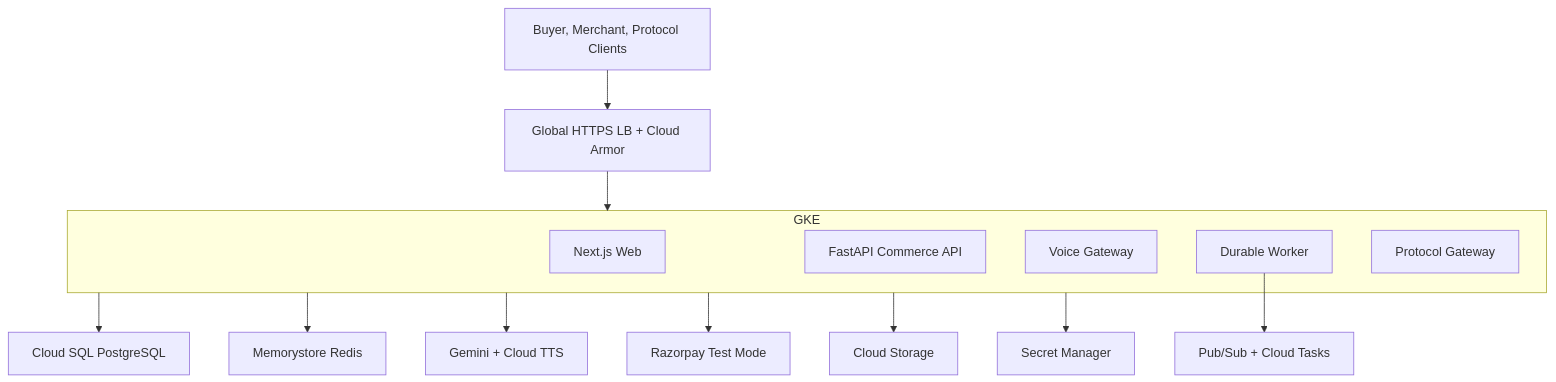
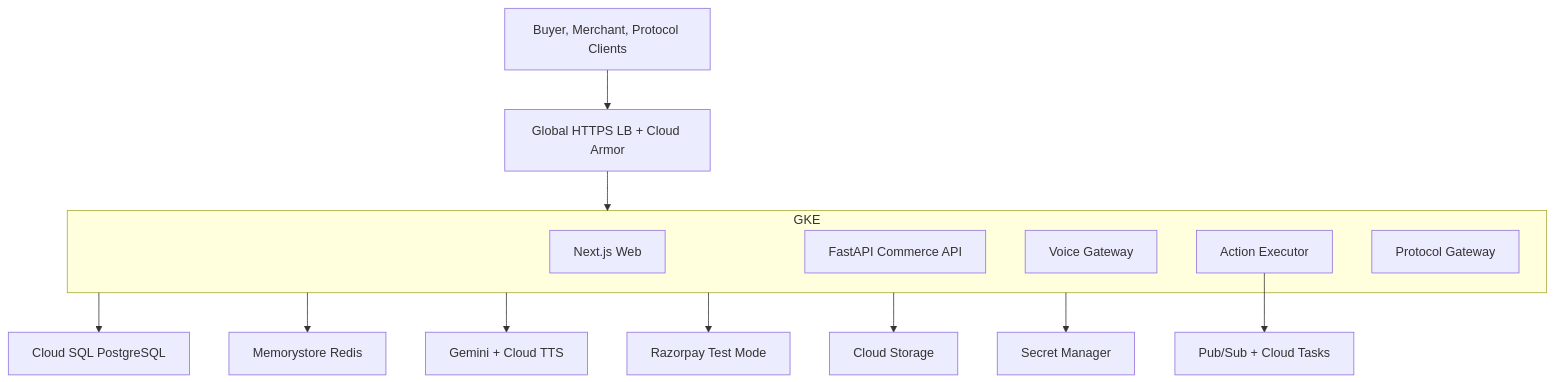
Before and after one commit to vedanttyagitech-developer/RazorSharp-Agentic-Commerce-and-AI-based-Business-Growth-Platform: the fifth of 5 diagrams in PROJECT_SPECIFICATION.md, drawn with Mermaid. The commit also changed other lines of this file and 224 other files, not shown here.

````diff
--- a/PROJECT_SPECIFICATION.md
+++ b/PROJECT_SPECIFICATION.md
@@ -2291,21 +2291,21 @@
 ```mermaid
 flowchart TB
     Internet["Buyer, Merchant, Protocol Clients"] --> Edge["Global HTTPS LB + Cloud Armor"]
     Edge --> GKE["GKE Autopilot"]
 
     subgraph GKE
         Web["Next.js Web"]
         API["FastAPI Commerce API"]
         Voice["Voice Gateway"]
-        Worker["Durable Worker"]
+        Worker["Action Executor"]
         Protocol["Protocol Gateway"]
     end
 
     GKE --> SQL["Cloud SQL PostgreSQL"]
     GKE --> Redis["Memorystore Redis"]
     GKE --> Google["Gemini + Cloud TTS"]
     GKE --> RZP["Razorpay Test Mode"]
     GKE --> GCS["Cloud Storage"]
     GKE --> SM["Secret Manager"]
     Worker --> Bus["Pub/Sub + Cloud Tasks"]
 ```
````
